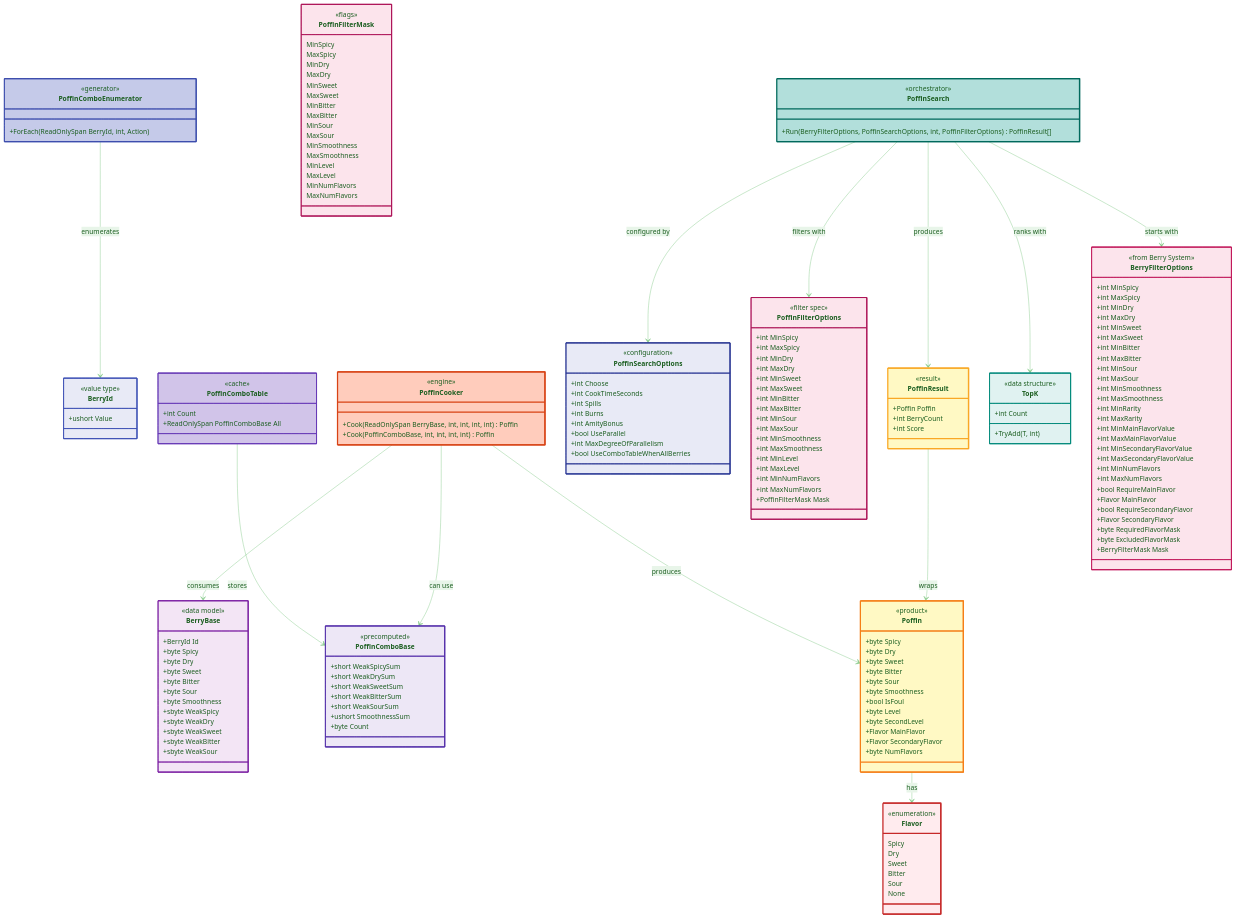
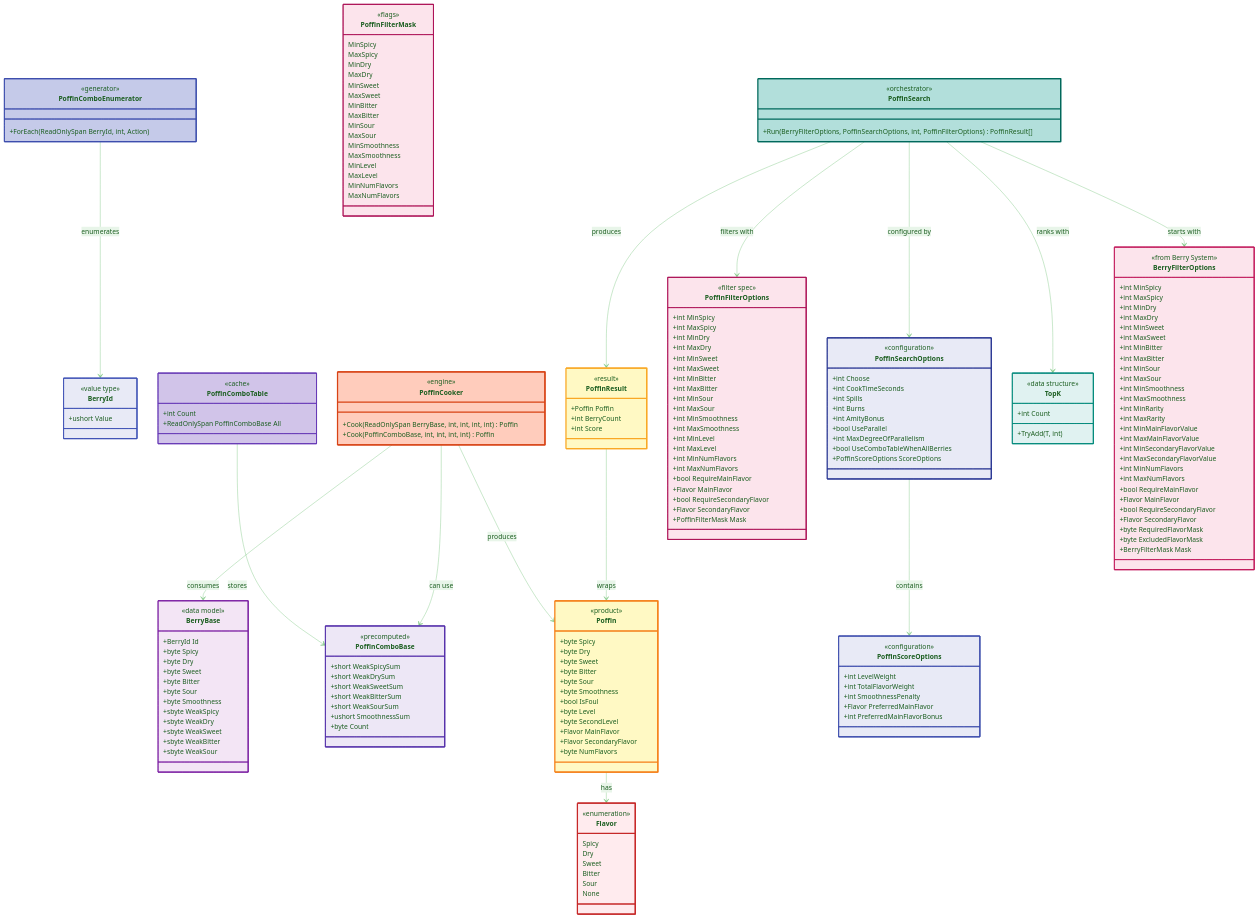
One commit to GlassToeStudio/BDSP changed the diagram in docs/Poffins.ClassDiagram.md. Above: the diagram before and after it, drawn with Mermaid. The commit also changed 35 other files, not shown here.

```diff
--- a/docs/Poffins.ClassDiagram.md
+++ b/docs/Poffins.ClassDiagram.md
@@ -99,8 +99,19 @@
         +bool UseParallel
         +int MaxDegreeOfParallelism
         +bool UseComboTableWhenAllBerries
+        +PoffinScoreOptions ScoreOptions
     }
     style PoffinSearchOptions fill:#e8eaf6,stroke:#283593,stroke-width:2px
+
+    class PoffinScoreOptions {
+        <<configuration>>
+        +int LevelWeight
+        +int TotalFlavorWeight
+        +int SmoothnessPenalty
+        +Flavor PreferredMainFlavor
+        +int PreferredMainFlavorBonus
+    }
+    style PoffinScoreOptions fill:#e8eaf6,stroke:#3949ab,stroke-width:2px
 
     class PoffinFilterOptions {
         <<filter spec>>
@@ -120,6 +131,10 @@
         +int MaxLevel
         +int MinNumFlavors
         +int MaxNumFlavors
+        +bool RequireMainFlavor
+        +Flavor MainFlavor
+        +bool RequireSecondaryFlavor
+        +Flavor SecondaryFlavor
         +PoffinFilterMask Mask
     }
     style PoffinFilterOptions fill:#fce4ec,stroke:#ad1457,stroke-width:2px
@@ -207,6 +222,7 @@
     Poffin --> Flavor : has
 
     PoffinSearch --> PoffinSearchOptions : configured by
+    PoffinSearchOptions --> PoffinScoreOptions : contains
     PoffinSearch --> PoffinFilterOptions : filters with
     PoffinSearch --> PoffinResult : produces
     PoffinSearch --> TopK : ranks with
```
